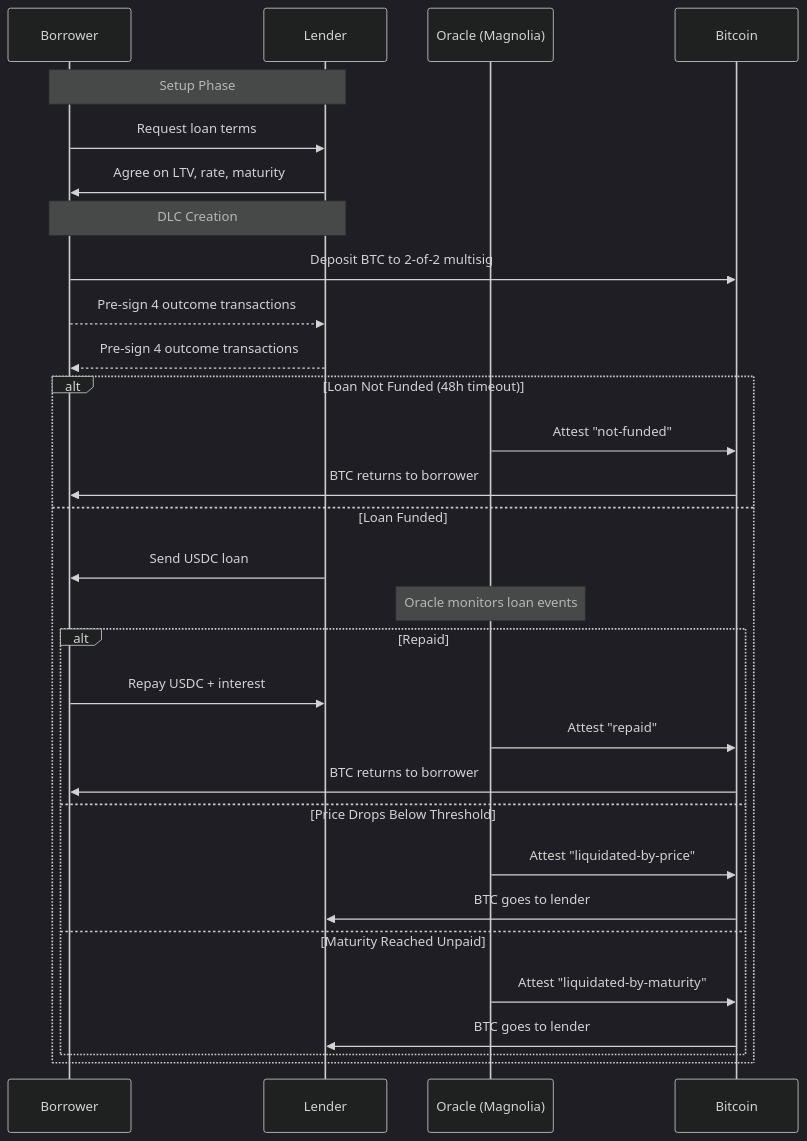
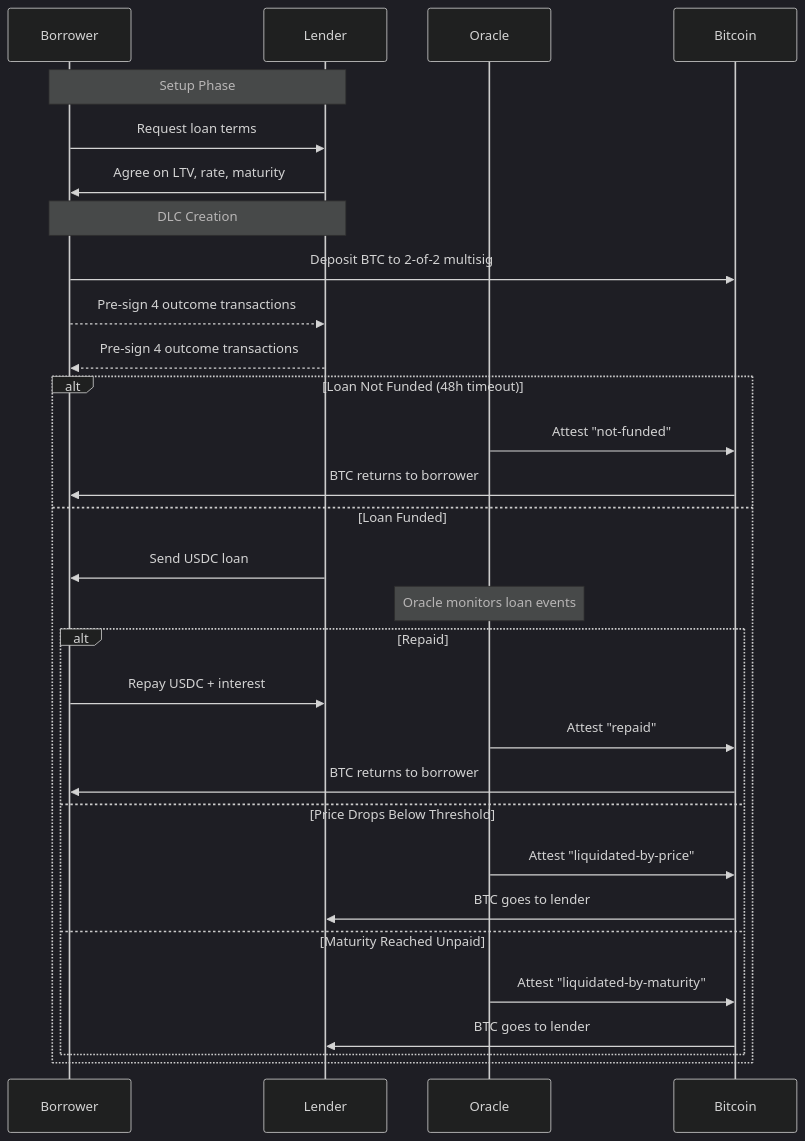
The third of 7 diagrams in _posts/2025-02-10-lygos-finance-dlc-lending-simplified-enumerated-outcomes.md (matthewjablack/mblack.io), drawn with Mermaid (dark theme) before and after one commit. The commit also changed other lines of this file, not shown here.

````diff
--- a/_posts/2025-02-10-lygos-finance-dlc-lending-simplified-enumerated-outcomes.md
+++ b/_posts/2025-02-10-lygos-finance-dlc-lending-simplified-enumerated-outcomes.md
@@ -83,35 +95,35 @@
 ```mermaid
 sequenceDiagram
     participant B as Borrower
     participant L as Lender
-    participant O as Oracle (Magnolia)
+    participant O as Oracle
     participant BC as Bitcoin
 
     Note over B,L: Setup Phase
     B->>L: Request loan terms
     L->>B: Agree on LTV, rate, maturity
 
     Note over B,L: DLC Creation
     B->>BC: Deposit BTC to 2-of-2 multisig
     B-->>L: Pre-sign 4 outcome transactions
     L-->>B: Pre-sign 4 outcome transactions
 
     alt Loan Not Funded (48h timeout)
         O->>BC: Attest "not-funded"
         BC->>B: BTC returns to borrower
     else Loan Funded
         L->>B: Send USDC loan
         Note over O: Oracle monitors loan events
         alt Repaid
             B->>L: Repay USDC + interest
             O->>BC: Attest "repaid"
             BC->>B: BTC returns to borrower
         else Price Drops Below Threshold
             O->>BC: Attest "liquidated-by-price"
             BC->>L: BTC goes to lender
         else Maturity Reached Unpaid
             O->>BC: Attest "liquidated-by-maturity"
             BC->>L: BTC goes to lender
         end
     end
 ```
````
